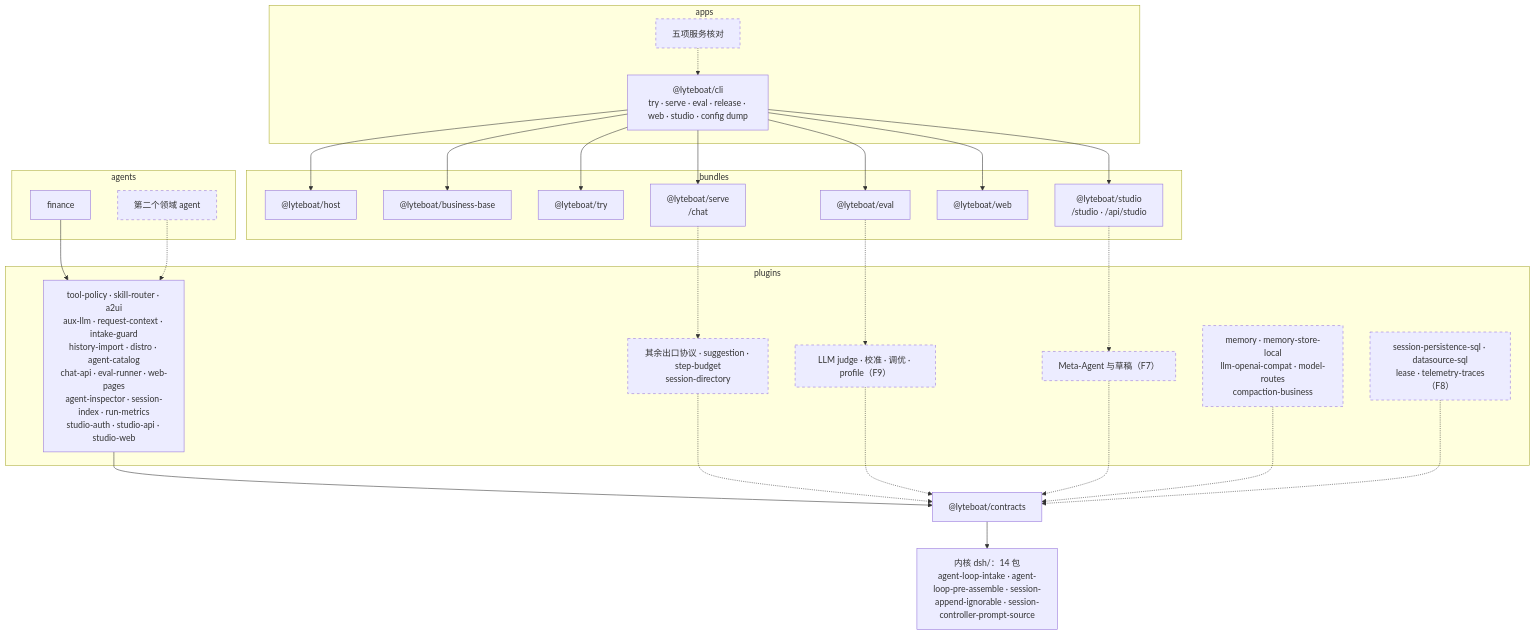
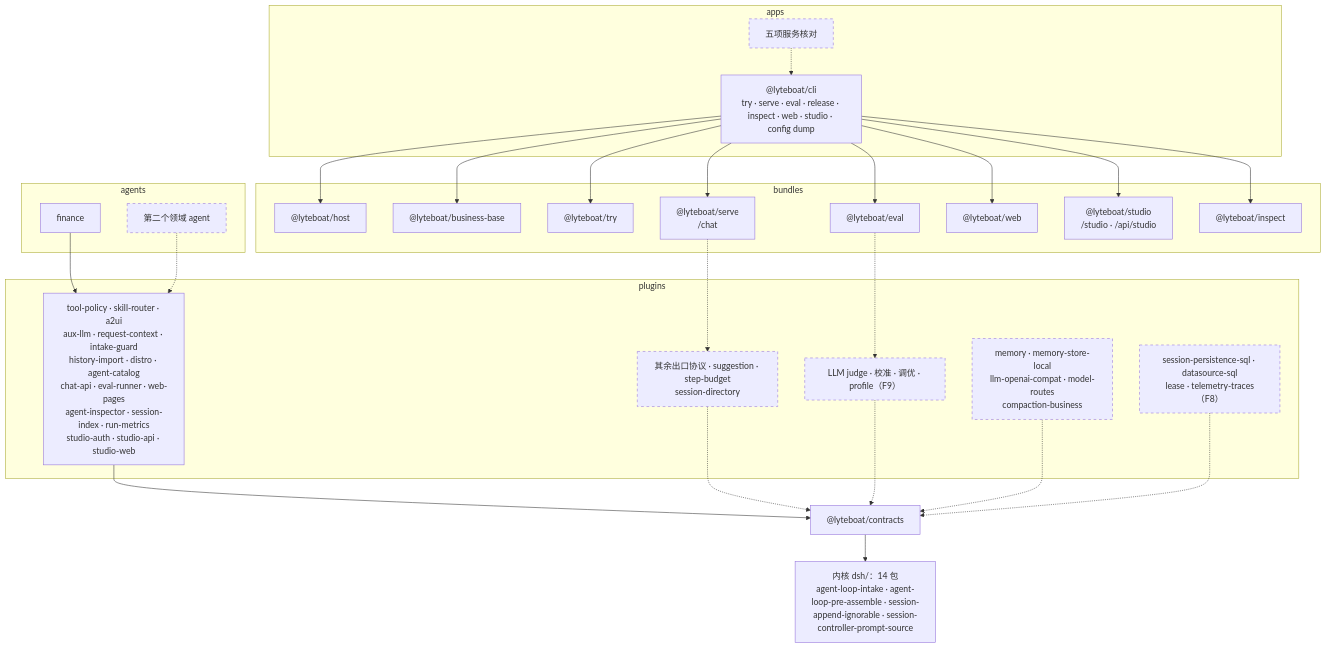
The second of 3 diagrams in docs/04-reference-alignment.md (lyteboat/boat), drawn with Mermaid before and after one commit. The commit also changed other lines of this file and 7 other files, not shown here.

````diff
--- a/docs/04-reference-alignment.md
+++ b/docs/04-reference-alignment.md
@@ -776,52 +718,51 @@
 ```mermaid
 flowchart TB
   subgraph APPS["apps"]
-    CLI["@lyteboat/cli<br/>try · serve · eval · release · web · studio · config dump"]
+    CLI["@lyteboat/cli<br/>try · serve · eval · release · inspect · web · studio · config dump"]
     CLIN["五项服务核对"]
   end
   subgraph BUNDLES["bundles"]
     HOST["@lyteboat/host"]
     BASE["@lyteboat/business-base"]
     RUN["@lyteboat/try"]
     SERVE["@lyteboat/serve<br/>/chat"]
     EVAL["@lyteboat/eval"]
     WEB["@lyteboat/web"]
     STUDIO["@lyteboat/studio<br/>/studio · /api/studio"]
+    INSPECT["@lyteboat/inspect"]
   end
   subgraph AGENTS["agents"]
     FIN["finance"]
     AG2["第二个领域 agent"]
   end
   subgraph PLUGINS["plugins"]
     HAVE["tool-policy · skill-router · a2ui<br/>aux-llm · request-context · intake-guard<br/>history-import · distro · agent-catalog<br/>chat-api · eval-runner · web-pages<br/>agent-inspector · session-index · run-metrics<br/>studio-auth · studio-api · studio-web"]
     WIRE["其余出口协议 · suggestion · step-budget<br/>session-directory"]
     JUDGE["LLM judge · 校准 · 调优 · profile（F9）"]
-    META["Meta-Agent 与草稿（F7）"]
     MEM["memory · memory-store-local<br/>llm-openai-compat · model-routes<br/>compaction-business"]
     MULTI["session-persistence-sql · datasource-sql<br/>lease · telemetry-traces（F8）"]
   end
   CT["@lyteboat/contracts"]
   K["内核 dsh/：14 包<br/>agent-loop-intake · agent-loop-pre-assemble · session-append-ignorable · session-controller-prompt-source"]
   CLI --> HOST
   CLI --> BASE
   CLI --> RUN
   CLI --> SERVE
   CLI --> EVAL
   CLI --> WEB
   CLI --> STUDIO
+  CLI --> INSPECT
   CLIN -.-> CLI
   SERVE -.-> WIRE
   EVAL -.-> JUDGE
-  STUDIO -.-> META
   FIN --> HAVE
   AG2 -.-> HAVE
   HAVE --> CT
   WIRE -.-> CT
   JUDGE -.-> CT
-  META -.-> CT
   MEM -.-> CT
   MULTI -.-> CT
   CT --> K
   classDef planned stroke-dasharray: 5 5
-  class CLIN,AG2,WIRE,JUDGE,META,MEM,MULTI planned
+  class CLIN,AG2,WIRE,JUDGE,MEM,MULTI planned
 ```
````
